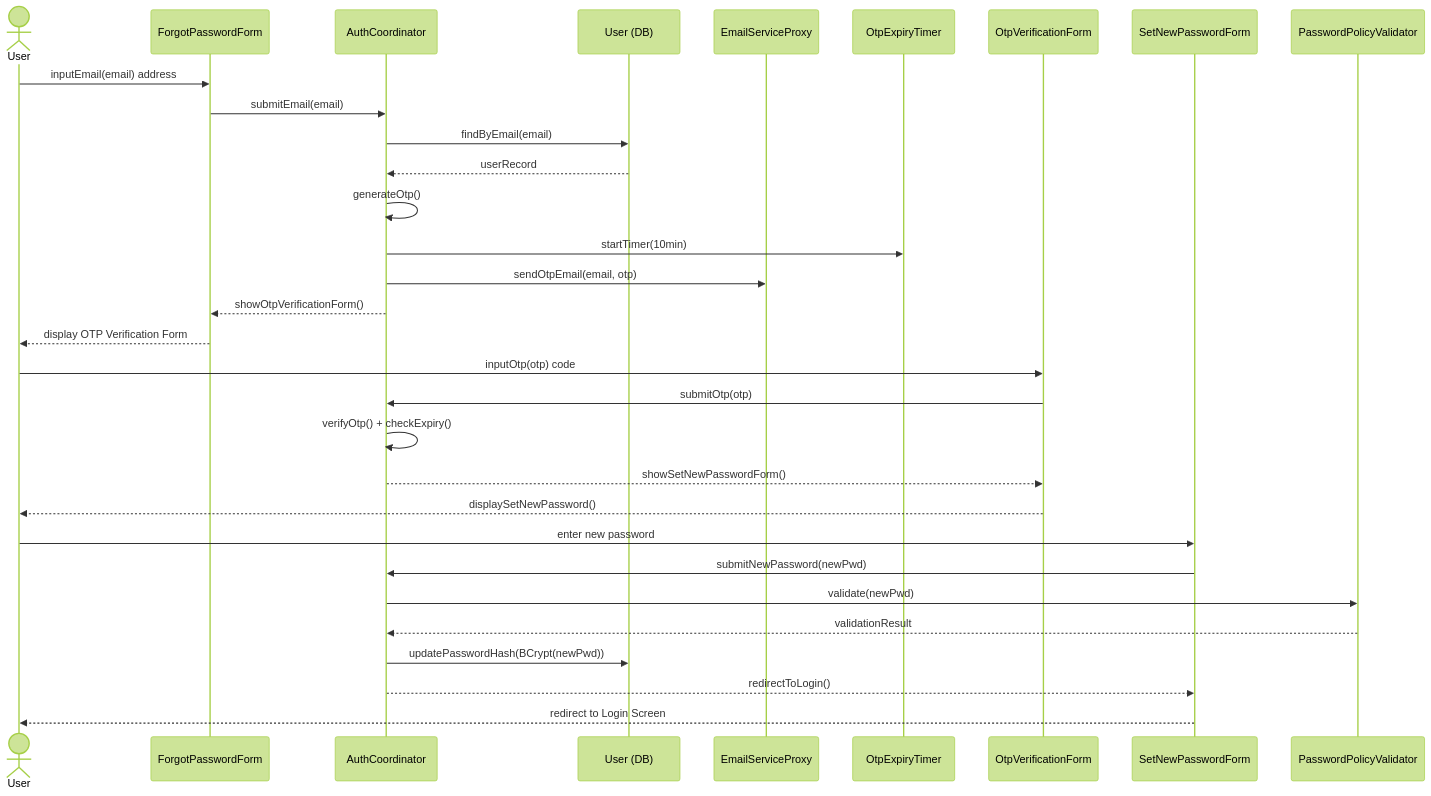
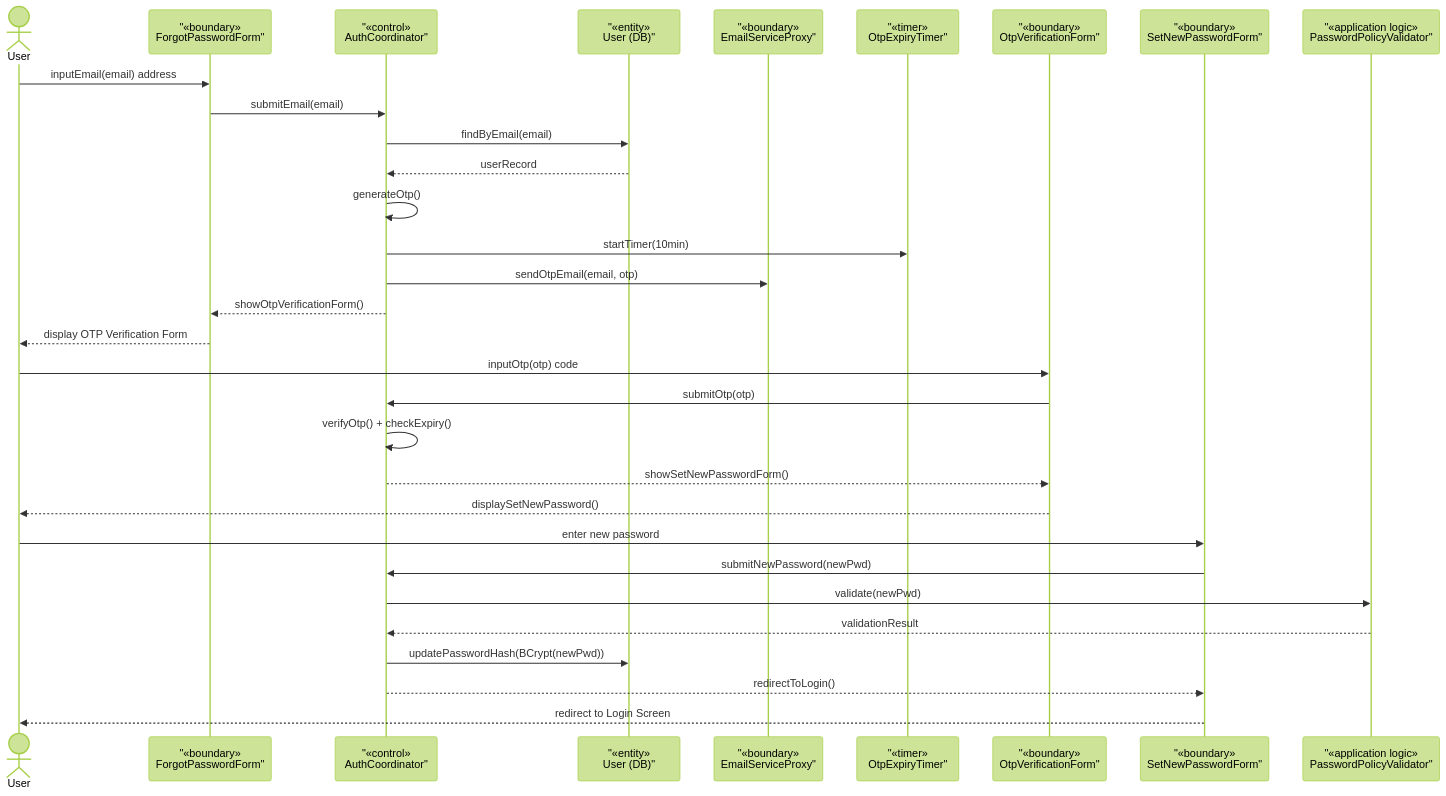
One commit to Shaichi/Khoga_coffe_shop changed the third of 6 diagrams in rds_sections/04_detailed_3_1_system_access_security.md. Above: the diagram before and after it, drawn with Mermaid (forest theme). The commit also changed other lines of this file and 13 other files, not shown here.

Commit message:
docs(rds): Update User entity fields and change Decimal to BigDecimal

````diff
--- a/rds_sections/04_detailed_3_1_system_access_security.md
+++ b/rds_sections/04_detailed_3_1_system_access_security.md
@@ -172,36 +175,36 @@
 ```mermaid
 sequenceDiagram
     actor User
-    participant ForgotForm as ForgotPasswordForm
-    participant AuthCoordinator
-    participant UserDB as User (DB)
-    participant EmailSvc as EmailServiceProxy
-    participant OtpTimer as OtpExpiryTimer
-    participant OtpForm as OtpVerificationForm
-    participant SetPassForm as SetNewPasswordForm
-    participant Validator as PasswordPolicyValidator
+participant ForgotForm as "«boundary»<br/>ForgotPasswordForm"
+participant AuthCoordinator as "«control»<br/>AuthCoordinator"
+participant UserDB as "«entity»<br/>User (DB)"
+participant EmailSvc as "«boundary»<br/>EmailServiceProxy"
+participant OtpTimer as "«timer»<br/>OtpExpiryTimer"
+participant OtpForm as "«boundary»<br/>OtpVerificationForm"
+participant SetPassForm as "«boundary»<br/>SetNewPasswordForm"
+participant Validator as "«application logic»<br/>PasswordPolicyValidator"
 
     User->>ForgotForm: inputEmail(email) address
     ForgotForm->>AuthCoordinator: submitEmail(email)
     AuthCoordinator->>UserDB: findByEmail(email)
     UserDB-->>AuthCoordinator: userRecord
     AuthCoordinator->>AuthCoordinator: generateOtp()
     AuthCoordinator->>OtpTimer: startTimer(10min)
     AuthCoordinator->>EmailSvc: sendOtpEmail(email, otp)
     AuthCoordinator-->>ForgotForm: showOtpVerificationForm()
     ForgotForm-->>User: display OTP Verification Form
 
     User->>OtpForm: inputOtp(otp) code
     OtpForm->>AuthCoordinator: submitOtp(otp)
     AuthCoordinator->>AuthCoordinator: verifyOtp() + checkExpiry()
     AuthCoordinator-->>OtpForm: showSetNewPasswordForm()
     OtpForm-->>User: displaySetNewPassword()
 
     User->>SetPassForm: enter new password
     SetPassForm->>AuthCoordinator: submitNewPassword(newPwd)
     AuthCoordinator->>Validator: validate(newPwd)
     Validator-->>AuthCoordinator: validationResult
     AuthCoordinator->>UserDB: updatePasswordHash(BCrypt(newPwd))
     AuthCoordinator-->>SetPassForm: redirectToLogin()
     SetPassForm-->>User: redirect to Login Screen
 ```
````
